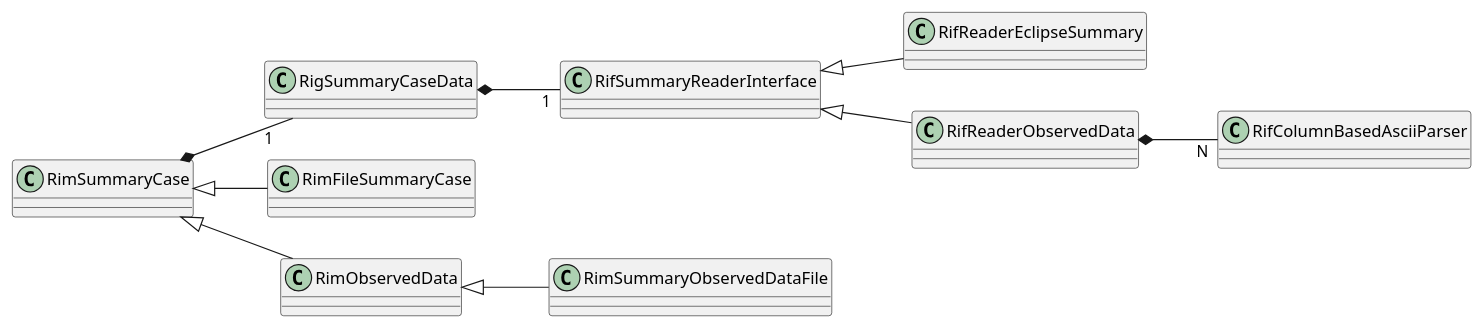
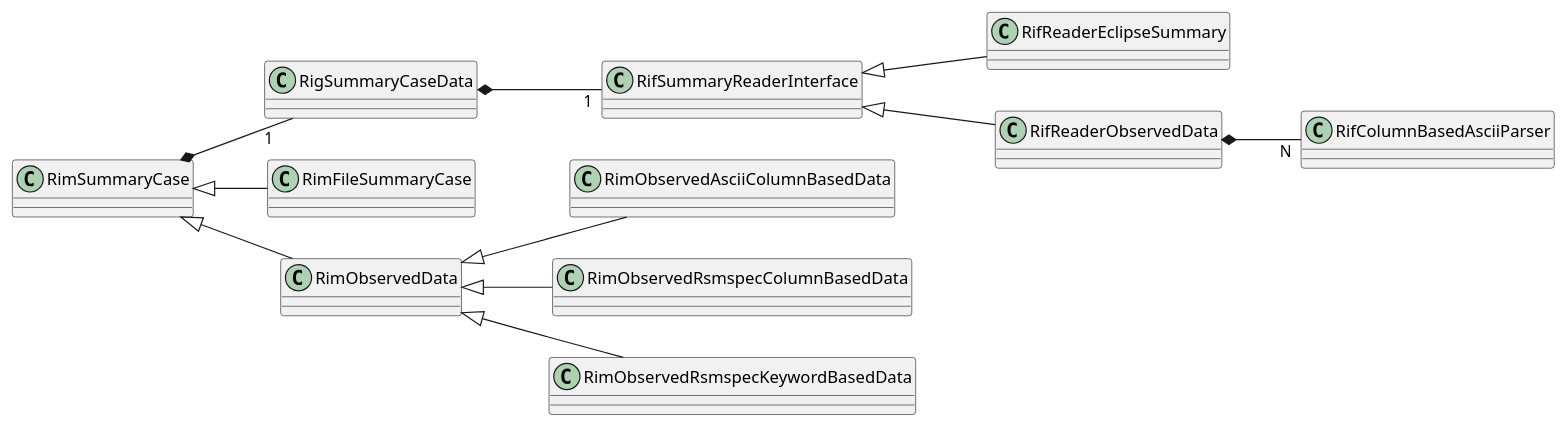
The diagram in doc/observed_data.plantuml (OPM/ResInsight), drawn with PlantUML before and after one commit. The commit also changed 8 other files, not shown here.

Commit message:
#1839 Observed Data : Move summary files into summary folder

```diff
--- a/doc/observed_data.plantuml
+++ b/doc/observed_data.plantuml
@@ -1,18 +1,21 @@
 @startuml
 left to right direction
 
 RigSummaryCaseData *-- "1" RifSummaryReaderInterface
 RimSummaryCase *-- "1" RigSummaryCaseData
 
 RifSummaryReaderInterface <|-- RifReaderEclipseSummary
 RifSummaryReaderInterface <|-- RifReaderObservedData
 
 RifReaderObservedData *-- "N" RifColumnBasedAsciiParser
 
 RimSummaryCase <|-- RimFileSummaryCase
 RimSummaryCase <|-- RimObservedData
 
-RimObservedData <|-- RimSummaryObservedDataFile
+RimObservedData <|-- RimObservedAsciiColumnBasedData
+
+RimObservedData <|-- RimObservedRsmspecColumnBasedData
+RimObservedData <|-- RimObservedRsmspecKeywordBasedData
 
 
 @enduml
```
